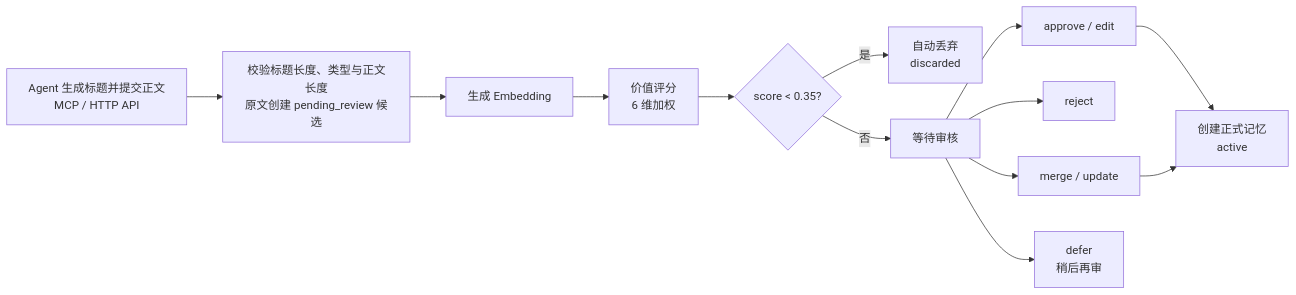
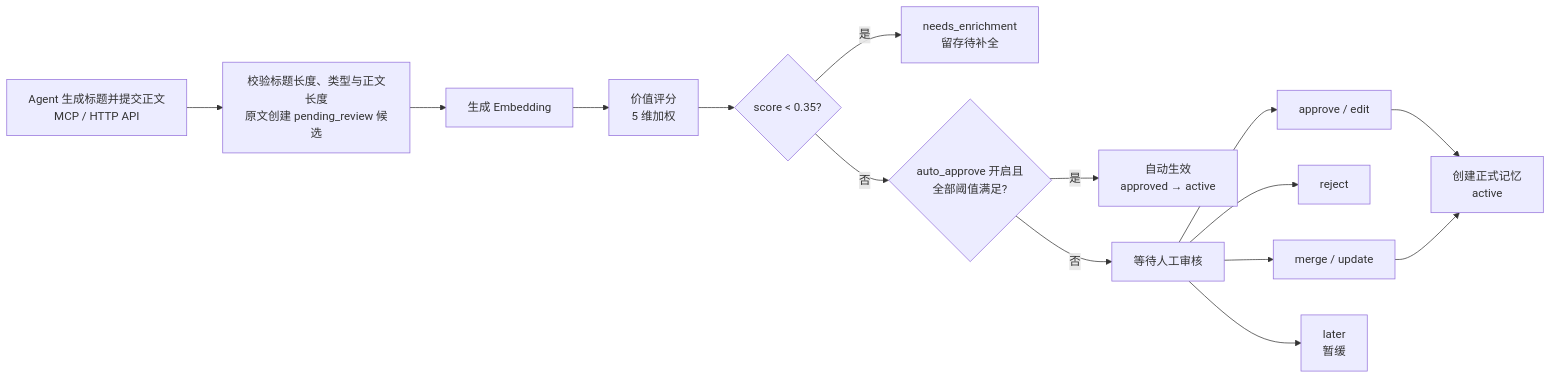
One commit to Chance-Wu/cwiki changed the second of 4 diagrams in docs/memory-system.md. Above: the diagram before and after it, drawn with Mermaid. The commit also changed other lines of this file and 17 other files, not shown here.

````diff
--- a/docs/memory-system.md
+++ b/docs/memory-system.md
@@ -150,15 +152,17 @@
 ```mermaid
 graph LR
     A[Agent 生成标题并提交正文<br/>MCP / HTTP API] --> B[校验标题长度、类型与正文长度<br/>原文创建 pending_review 候选]
     B --> C[生成 Embedding]
-    C --> E[价值评分<br/>6 维加权]
+    C --> E[价值评分<br/>5 维加权]
     E --> F{score < 0.35?}
-    F -- 是 --> G[自动丢弃<br/>discarded]
-    F -- 否 --> H[等待审核]
-    H --> I[approve / edit]
-    H --> J[reject]
-    H --> K[merge / update]
-    H --> L[defer<br/>稍后再审]
-    I --> M[创建正式记忆<br/>active]
-    K --> M
+    F -- 是 --> G[needs_enrichment<br/>留存待补全]
+    F -- 否 --> H{auto_approve 开启且<br/>全部阈值满足?}
+    H -- 是 --> I[自动生效<br/>approved → active]
+    H -- 否 --> J[等待人工审核]
+    J --> K[approve / edit]
+    J --> L[reject]
+    J --> M[merge / update]
+    J --> N[later<br/>暂缓]
+    K --> O[创建正式记忆<br/>active]
+    M --> O
 ```
````
